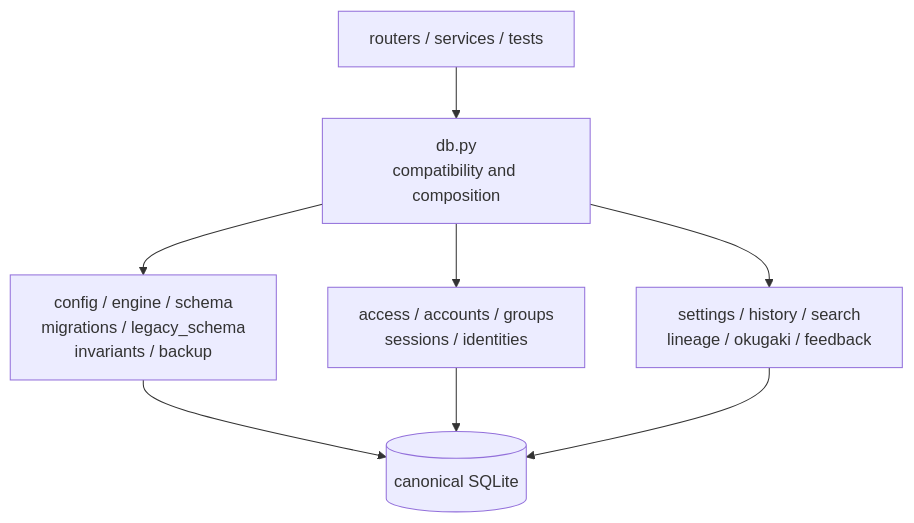
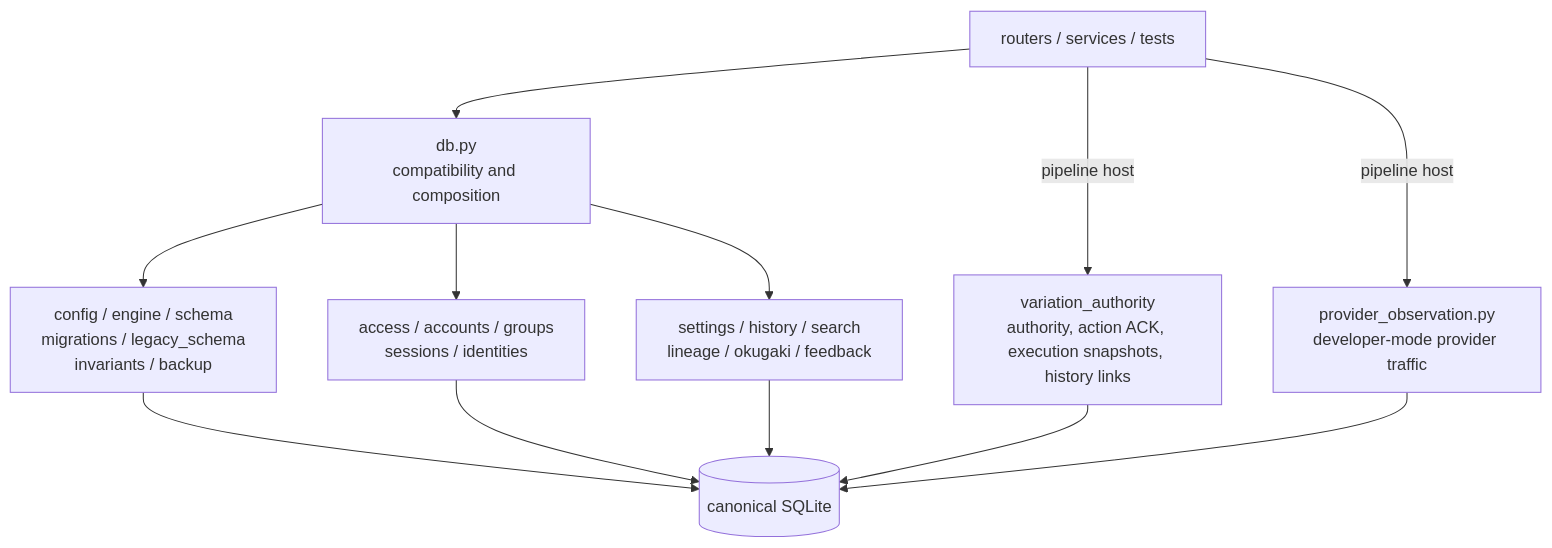
The third of 5 diagrams in docs/architecture/server-components.md (oikawas/inku-lang), drawn with Mermaid before and after one commit. The commit also changed other lines of this file and 27 other files, not shown here.

First line of the commit message:
Update architecture documents for the shared Rust pipeline

````diff
--- a/docs/architecture/server-components.md
+++ b/docs/architecture/server-components.md
@@ -103,17 +108,23 @@
 ```mermaid
 flowchart TD
     CALLERS["routers / services / tests"]
     FACADE["db.py\ncompatibility and composition"]
     STARTUP["config / engine / schema\nmigrations / legacy_schema\ninvariants / backup"]
     SECURITY["access / accounts / groups\nsessions / identities"]
     PRODUCT["settings / history / search\nlineage / okugaki / feedback"]
+    AUTHORITY["variation_authority\nauthority, action ACK, execution snapshots, history links"]
+    OBSERVATION["provider_observation.py\ndeveloper-mode provider traffic"]
     SQLITE[("canonical SQLite")]
 
     CALLERS --> FACADE
     FACADE --> STARTUP
     FACADE --> SECURITY
     FACADE --> PRODUCT
+    CALLERS -->|"pipeline host"| AUTHORITY
+    CALLERS -->|"pipeline host"| OBSERVATION
     STARTUP --> SQLITE
     SECURITY --> SQLITE
     PRODUCT --> SQLITE
+    AUTHORITY --> SQLITE
+    OBSERVATION --> SQLITE
 ```
````
